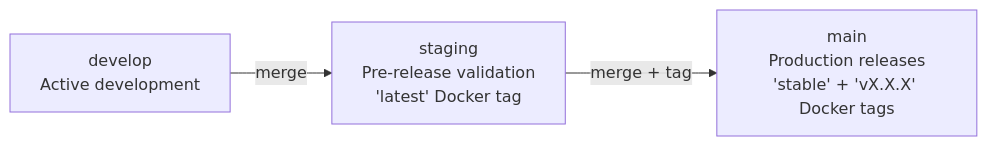
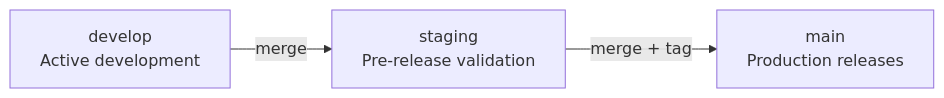
One commit to dnviti/codeclaw changed the sixth of 6 diagrams in docs/architecture.md. Above: the diagram before and after it, drawn with Mermaid. The commit also changed other lines of this file and 95 other files, not shown here.

````diff
--- a/docs/architecture.md
+++ b/docs/architecture.md
@@ -451,8 +265,8 @@
 ```mermaid
 flowchart LR
     DEV["develop<br>Active development"]
-    STG["staging<br>Pre-release validation<br>'latest' Docker tag"]
-    MAIN["main<br>Production releases<br>'stable' + 'vX.X.X' Docker tags"]
+    STG["staging<br>Pre-release validation"]
+    MAIN["main<br>Production releases"]
 
     DEV -->|"merge"| STG -->|"merge + tag"| MAIN
 ```
````
